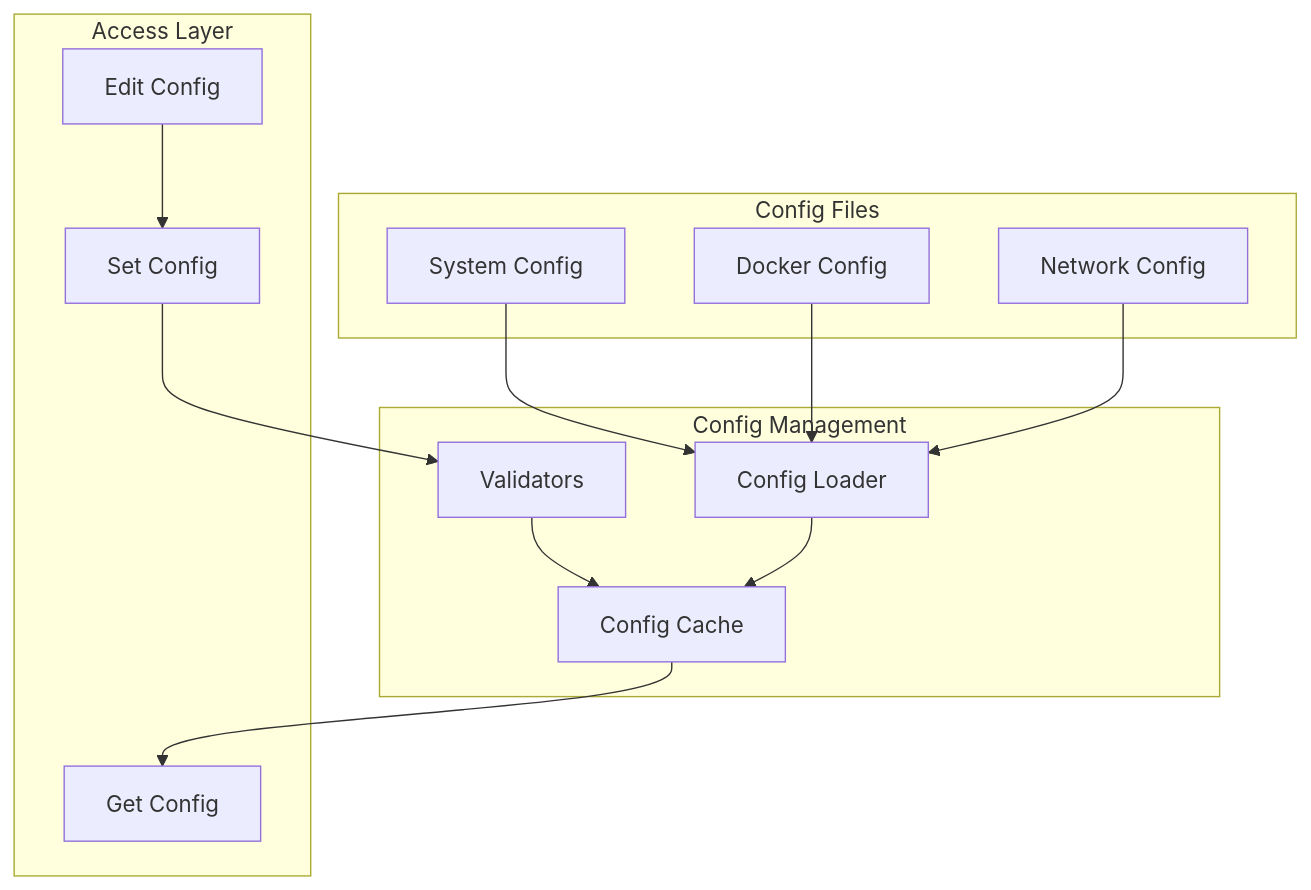
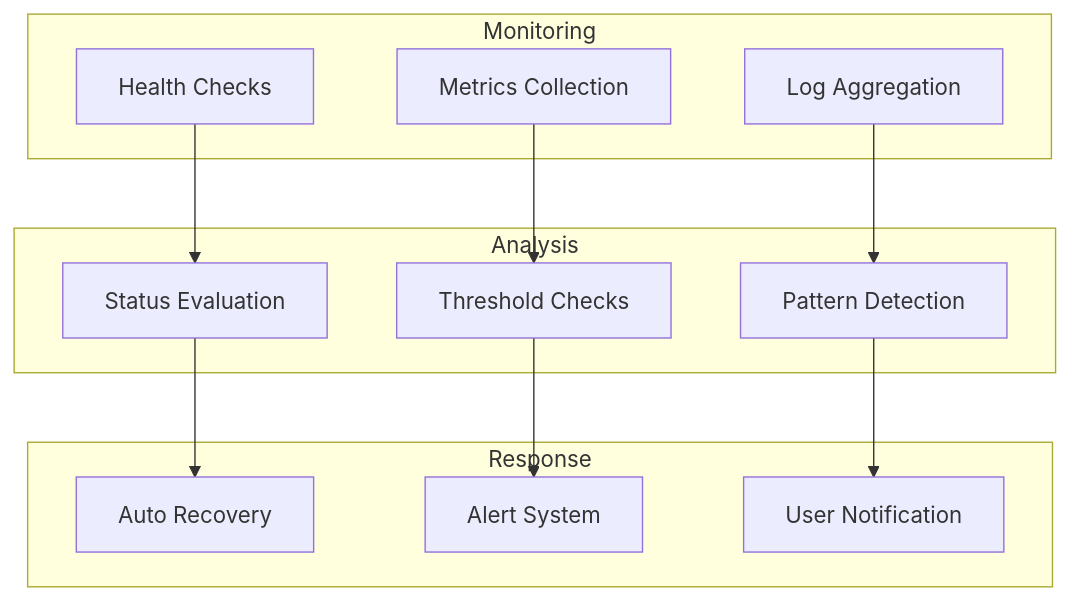
The eighth of 8 diagrams in docs/architecture.md (elleshadow/dev-ops-tui), drawn with Mermaid before and after one commit. The commit also changed other lines of this file and 29 other files, not shown here.

````diff
--- a/docs/architecture.md
+++ b/docs/architecture.md
@@ -152,30 +260,28 @@
 ```mermaid
-flowchart TD
-    subgraph Files ["Config Files"]
-        SYS[System Config]
-        DOC[Docker Config]
-        NET[Network Config]
+graph TD
+    subgraph "Monitoring"
+        A[Health Checks]
+        B[Metrics Collection]
+        C[Log Aggregation]
     end
     
-    subgraph Management ["Config Management"]
-        VAL[Validators]
-        CACHE[Config Cache]
-        LOAD[Config Loader]
+    subgraph "Analysis"
+        D[Status Evaluation]
+        E[Threshold Checks]
+        F[Pattern Detection]
     end
     
-    subgraph Access ["Access Layer"]
-        GET[Get Config]
-        SET[Set Config]
-        EDIT[Edit Config]
+    subgraph "Response"
+        G[Auto Recovery]
+        H[Alert System]
+        I[User Notification]
     end
     
-    SYS --> LOAD
-    DOC --> LOAD
-    NET --> LOAD
+    A --> D
+    B --> E
+    C --> F
     
-    LOAD --> CACHE
-    CACHE --> GET
-    SET --> VAL
-    VAL --> CACHE
-    EDIT --> SET
+    D --> G
+    E --> H
+    F --> I
 ```
````
